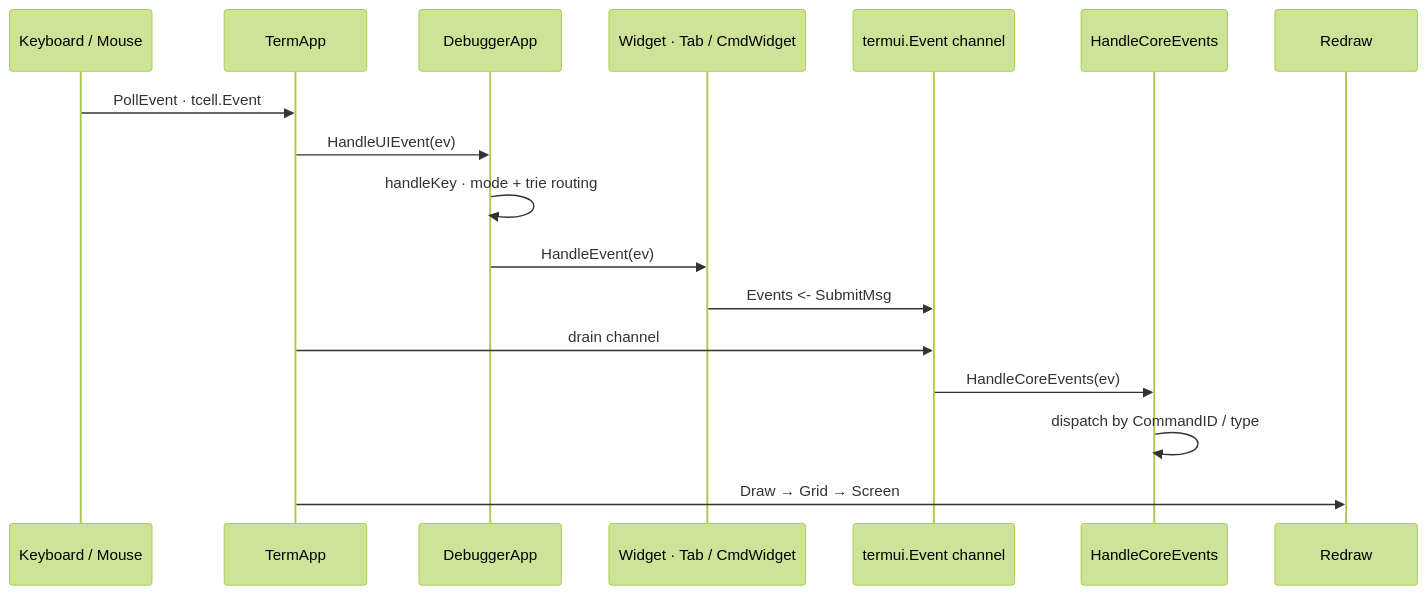
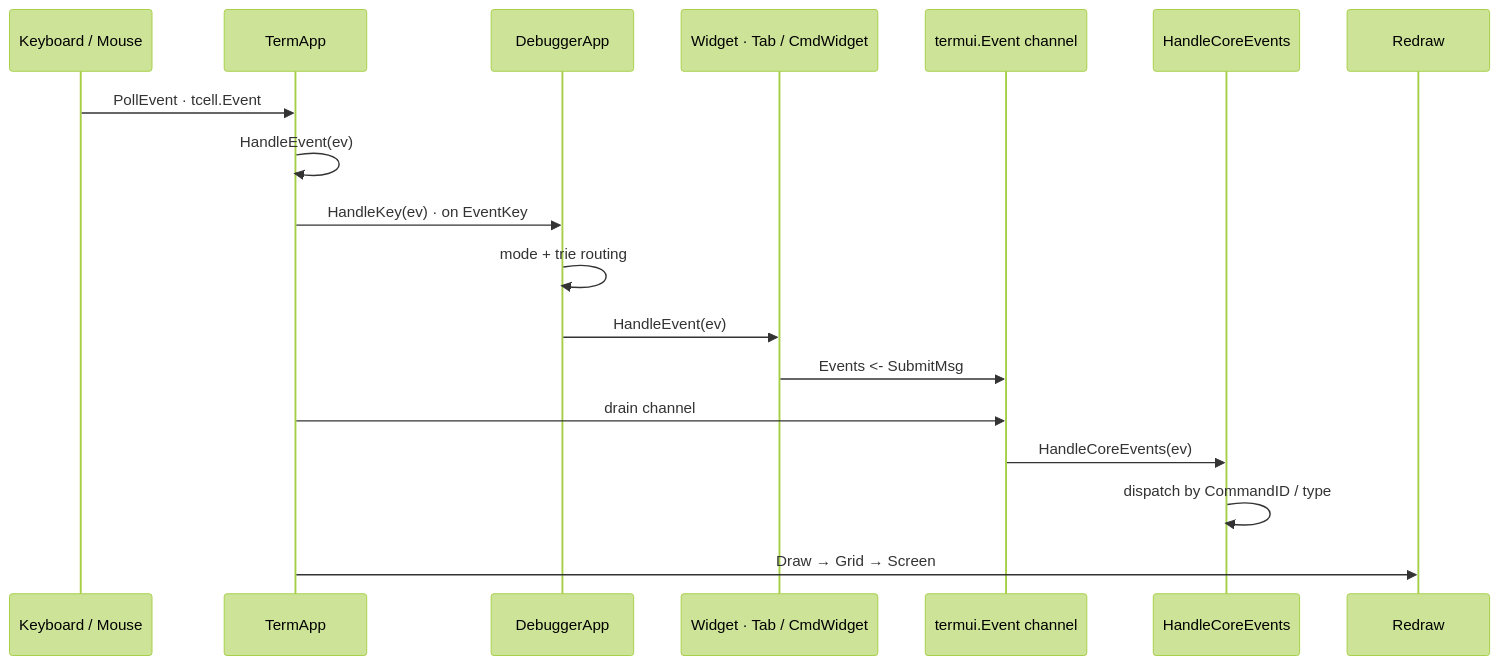
One commit to yairgd/gdbforge changed the diagram in docs/diagrams/event_flow.mermaid. Above: the diagram before and after it, drawn with Mermaid (forest theme). The commit also changed 11 other files, not shown here.

```diff
--- a/docs/diagrams/event_flow.mermaid
+++ b/docs/diagrams/event_flow.mermaid
@@ -1,18 +1,19 @@
 sequenceDiagram
     participant Input as Keyboard / Mouse
     participant App as TermApp
     participant Dbg as DebuggerApp
     participant Widget as Widget · Tab / CmdWidget
     participant Bus as termui.Event channel
     participant Core as HandleCoreEvents
     participant Render as Redraw
 
     Input ->> App: PollEvent · tcell.Event
-    App ->> Dbg: HandleUIEvent(ev)
-    Dbg ->> Dbg: handleKey · mode + trie routing
+    App ->> App: HandleEvent(ev)
+    App ->> Dbg: HandleKey(ev) · on EventKey
+    Dbg ->> Dbg: mode + trie routing
     Dbg ->> Widget: HandleEvent(ev)
     Widget ->> Bus: Events <- SubmitMsg
     App ->> Bus: drain channel
     Bus ->> Core: HandleCoreEvents(ev)
     Core ->> Core: dispatch by CommandID / type
     App ->> Render: Draw → Grid → Screen
```
